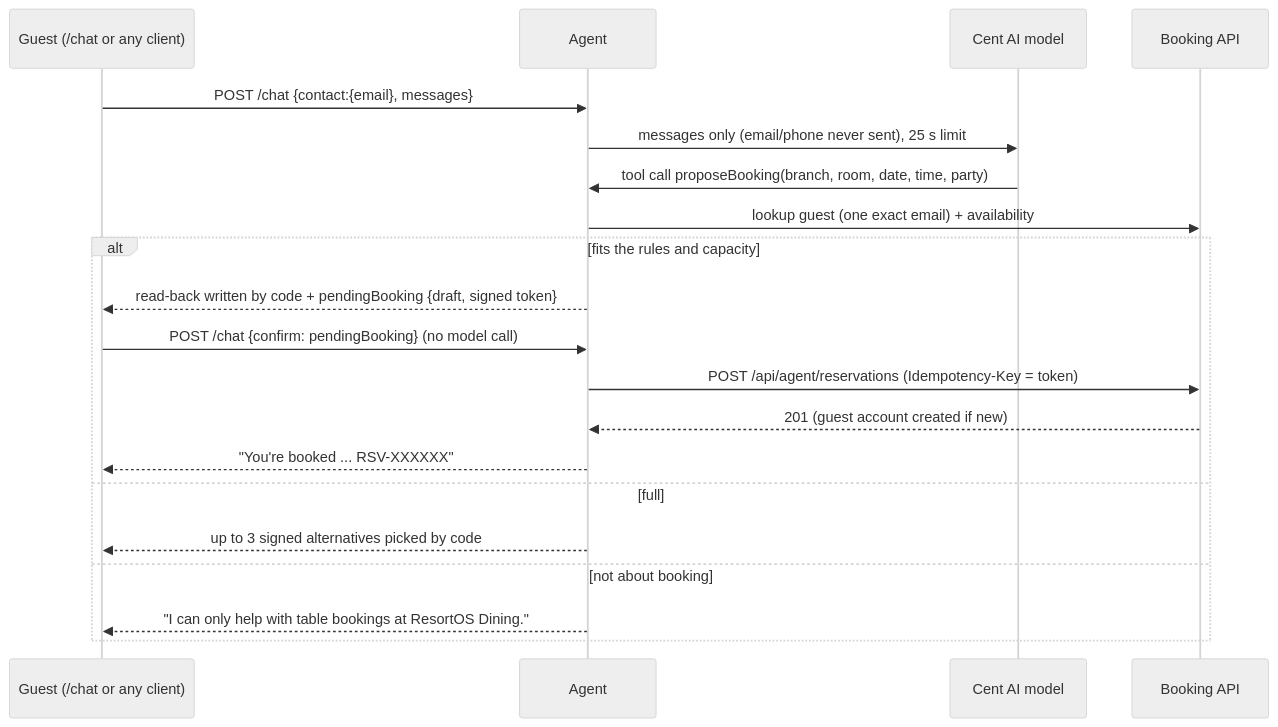
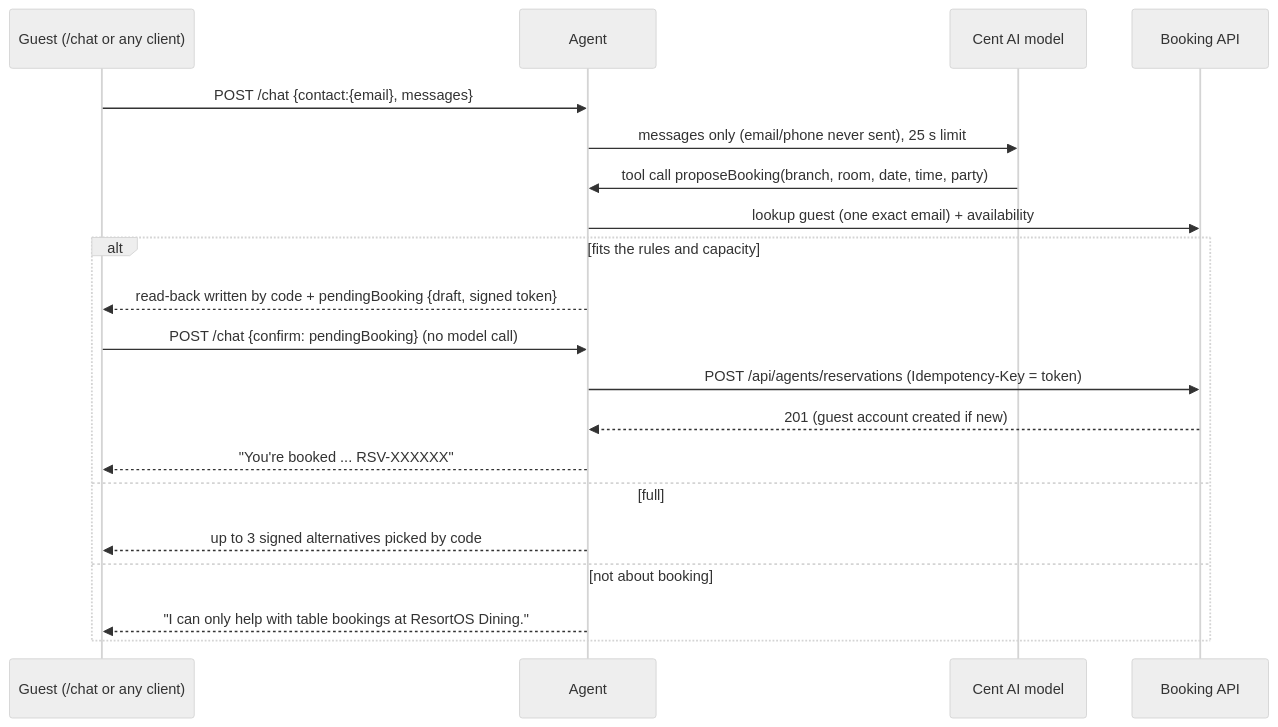
The third of 4 diagrams in DIAGRAM.md (vincentag11323/restaurant-booking-planning), drawn with Mermaid (neutral theme) before and after one commit. The commit also changed other lines of this file and 6 other files, not shown here.

Commit message:
spec: plural route names (/api/users, /api/admins, /api/agents, /public/menus, /public/availabilities)

````diff
--- a/DIAGRAM.md
+++ b/DIAGRAM.md
@@ -66,22 +66,22 @@
 ```mermaid
 sequenceDiagram
   participant G as Guest (/chat or any client)
   participant AG as Agent
   participant M as Cent AI model
   participant A as Booking API
   G->>AG: POST /chat {contact:{email}, messages}
   AG->>M: messages only (email/phone never sent), 25 s limit
   M->>AG: tool call proposeBooking(branch, room, date, time, party)
   AG->>A: lookup guest (one exact email) + availability
   alt fits the rules and capacity
     AG-->>G: read-back written by code + pendingBooking {draft, signed token}
     G->>AG: POST /chat {confirm: pendingBooking} (no model call)
-    AG->>A: POST /api/agent/reservations (Idempotency-Key = token)
+    AG->>A: POST /api/agents/reservations (Idempotency-Key = token)
     A-->>AG: 201 (guest account created if new)
     AG-->>G: "You're booked ... RSV-XXXXXX"
   else full
     AG-->>G: up to 3 signed alternatives picked by code
   else not about booking
     AG-->>G: "I can only help with table bookings at ResortOS Dining."
   end
 ```
````
